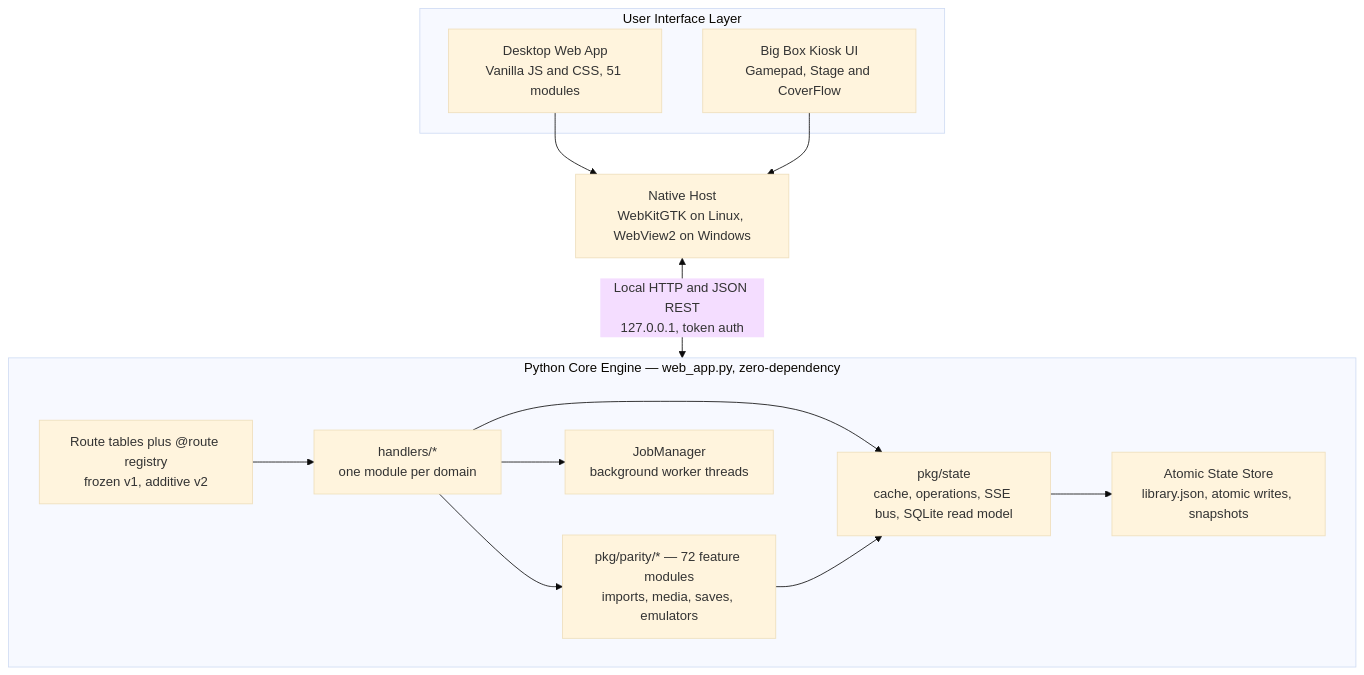
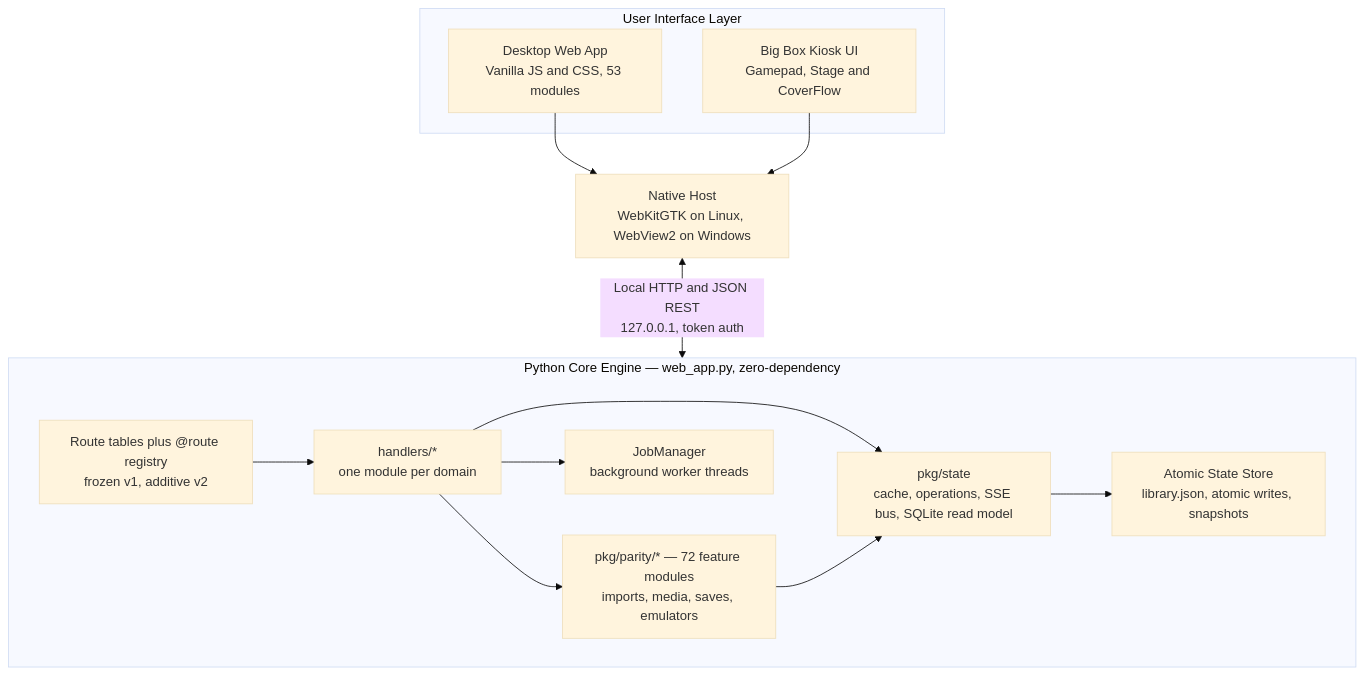
The diagram in content/docs/reference/architecture/index.md (OpenBoxGL/openboxgl.github.io), drawn with Mermaid (base theme) before and after one commit. The commit also changed 52 other files, not shown here.

````diff
--- a/content/docs/reference/architecture/index.md
+++ b/content/docs/reference/architecture/index.md
@@ -10,25 +10,25 @@
 ```mermaid
 flowchart TB
     subgraph UI["User Interface Layer"]
-        WebApp["Desktop Web App<br/>Vanilla JS and CSS, 51 modules"]
+        WebApp["Desktop Web App<br/>Vanilla JS and CSS, 53 modules"]
         BigBox["Big Box Kiosk UI<br/>Gamepad, Stage and CoverFlow"]
     end
     NativeHost["Native Host<br/>WebKitGTK on Linux, WebView2 on Windows"]
     WebApp --> NativeHost
     BigBox --> NativeHost
     NativeHost <-->|Local HTTP and JSON REST<br/>127.0.0.1, token auth| Core
     subgraph Core["Python Core Engine — web_app.py, zero-dependency"]
         Router["Route tables plus @route registry<br/>frozen v1, additive v2"]
         Handlers["handlers/*<br/>one module per domain"]
         Jobs["JobManager<br/>background worker threads"]
         Parity["pkg/parity/* — 72 feature modules<br/>imports, media, saves, emulators"]
         StatePkg["pkg/state<br/>cache, operations, SSE bus, SQLite read model"]
         Store["Atomic State Store<br/>library.json, atomic writes, snapshots"]
         Router --> Handlers
         Handlers --> Parity
         Handlers --> Jobs
         Handlers --> StatePkg
         Parity --> StatePkg
         StatePkg --> Store
     end
 ```
````
